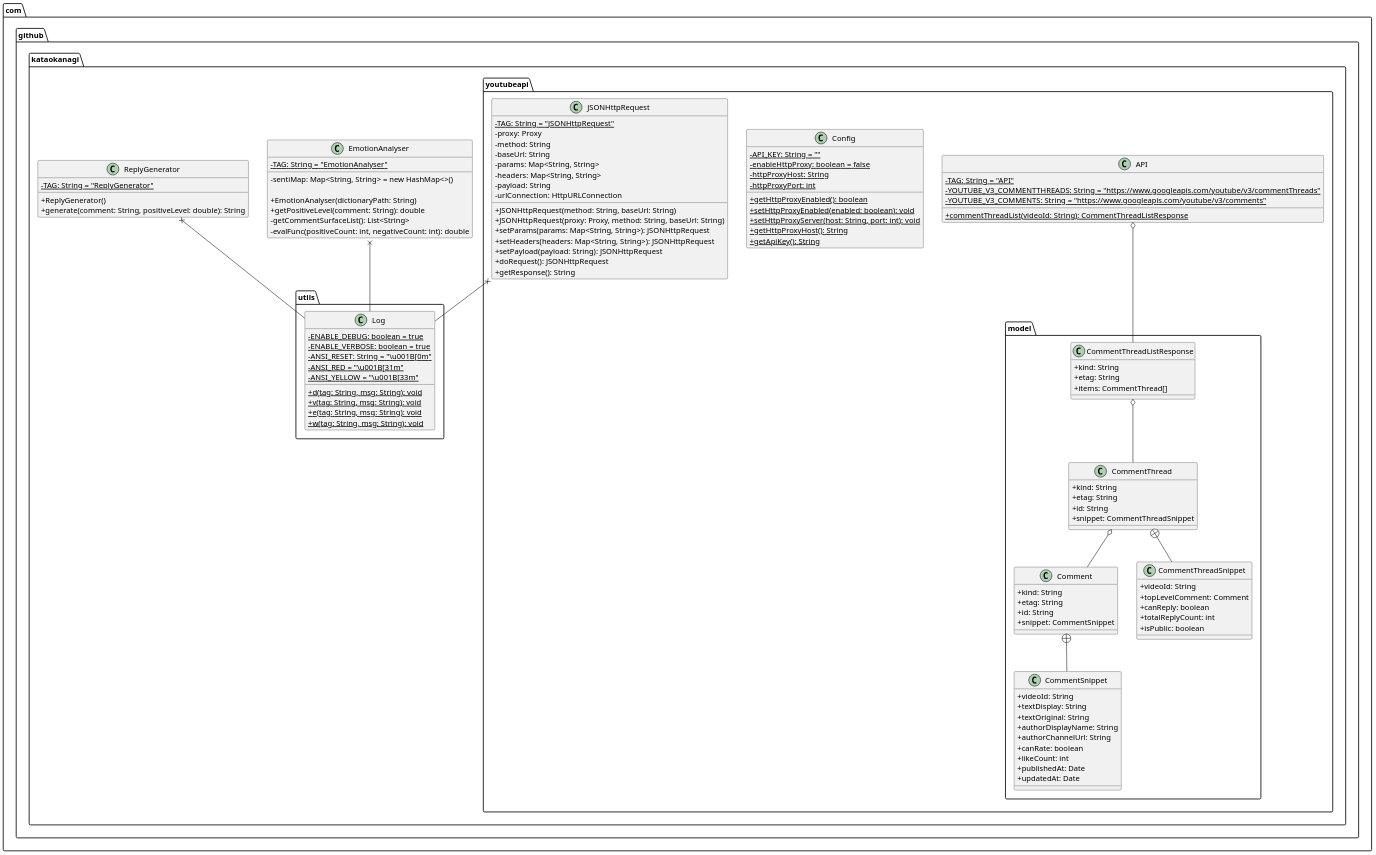
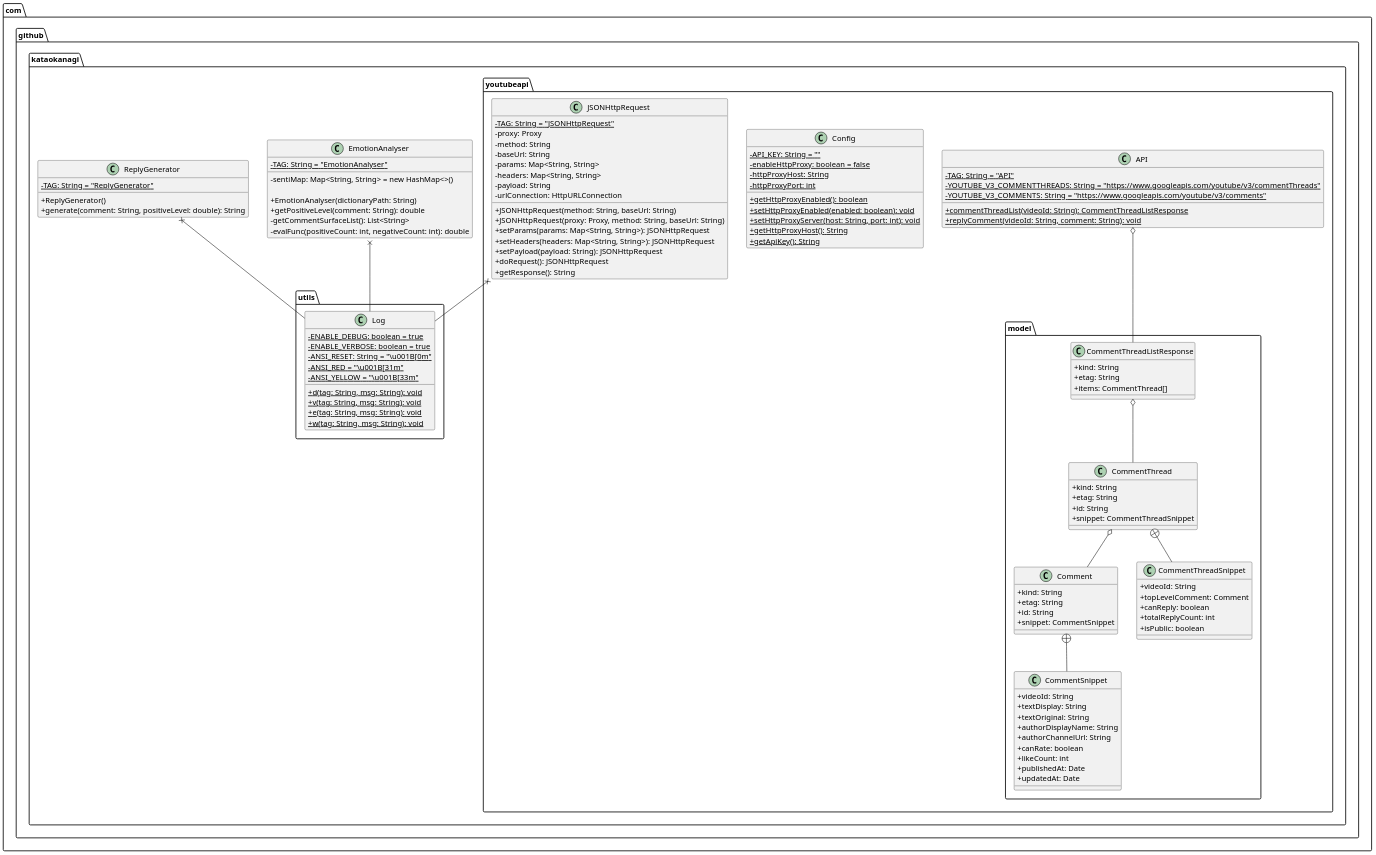
The diagram in uml/YoutubeAutoComment_ClassDiagram.pu (KataokaNagi/YoutubeAutoComment), drawn with PlantUML before and after one commit.

Commit message:
該当メソッドを追加

```diff
--- a/uml/YoutubeAutoComment_ClassDiagram.pu
+++ b/uml/YoutubeAutoComment_ClassDiagram.pu
@@ -12,164 +12,165 @@
 @startuml out/ClassDiagram.png
 scale 1.5
 skinparam DefaultFontName メイリオ
 ' 可視性の変更
 skinparam classAttributeIconSize 0
 
 ' class def
 ' @see https://qiita.com/KeithYokoma/items/ee21fec6a3ebb5d1e9a8
 
 package com.github.kataokanagi {
   package com.github.kataokanagi.utils {
   }
   package com.github.kataokanagi.youtubeapi {
     package com.github.kataokanagi.youtubeapi.model {      
     }    
   }
 }
 
 package com.github.kataokanagi.utils {
     class Log {
         - {static} ENABLE_DEBUG: boolean = true
         - {static} ENABLE_VERBOSE: boolean = true
         - {static} ANSI_RESET: String = "\u001B[0m"
         - {static} ANSI_RED = "\u001B[31m"
         - {static} ANSI_YELLOW = "\u001B[33m"
 
         + {static} d(tag: String, msg: String): void
         + {static} v(tag: String, msg: String): void
         + {static} e(tag: String, msg: String): void
         + {static} w(tag: String, msg: String): void
     }
 }
 
 package com.github.kataokanagi.youtubeapi.model {
     class Comment {
         + kind: String
         + etag: String
         + id: String
         + snippet: CommentSnippet
     }
 
     class CommentSnippet {
         + videoId: String
         + textDisplay: String
         + textOriginal: String
         + authorDisplayName: String
         + authorChannelUrl: String
         + canRate: boolean
         + likeCount: int
         + publishedAt: Date
         + updatedAt: Date
     }
 
     Comment +-- CommentSnippet
 
     class CommentThread {
         + kind: String
         + etag: String
         + id: String
         + snippet: CommentThreadSnippet
     }
 
     class CommentThreadSnippet {
         + videoId: String
         + topLevelComment: Comment
         + canReply: boolean
         + totalReplyCount: int
         + isPublic: boolean
     }
 
     CommentThread +-- CommentThreadSnippet
 
     class CommentThreadListResponse {
         + kind: String
         + etag: String
         + items: CommentThread[]
     }
 
     CommentThreadListResponse o-- CommentThread
     CommentThread o-- Comment
 }
 
 package com.github.kataokanagi.youtubeapi {
     class API {
         - {static} TAG: String = "API"
         - {static} YOUTUBE_V3_COMMENTTHREADS: String = "https://www.googleapis.com/youtube/v3/commentThreads"
         - {static} YOUTUBE_V3_COMMENTS: String = "https://www.googleapis.com/youtube/v3/comments"
 
         + {static} commentThreadList(videoId: String): CommentThreadListResponse
+        + {static} replyComment(videoId: String, comment: String): void
     }
 
     class Config {
         - {static} API_KEY: String = ""
         - {static} enableHttpProxy: boolean = false
         - {static} httpProxyHost: String
         - {static} httpProxyPort: int
 
         + {static} getHttpProxyEnabled(): boolean
         + {static} setHttpProxyEnabled(enabled: boolean): void
         + {static} setHttpProxyServer(host: String, port: int): void
         + {static} getHttpProxyHost(): String
         + {static} getApiKey(): String
     }
 
     class JSONHttpRequest {
         - {static} TAG: String = "JSONHttpRequest"
         - proxy: Proxy
         - method: String
         - baseUrl: String
         - params: Map<String, String>
         - headers: Map<String, String>
         - payload: String
         - urlConnection: HttpURLConnection
 
         + JSONHttpRequest(method: String, baseUrl: String)
         + JSONHttpRequest(proxy: Proxy, method: String, baseUrl: String)
         + setParams(params: Map<String, String>): JSONHttpRequest
         + setHeaders(headers: Map<String, String>): JSONHttpRequest
         + setPayload(payload: String): JSONHttpRequest
         + doRequest(): JSONHttpRequest
         + getResponse(): String
     }
 }
 
 package com.github.kataokanagi {
     class EmotionAnalyser {
         - {static} TAG: String = "EmotionAnalyser"
         - sentiMap: Map<String, String> = new HashMap<>()
 
         + EmotionAnalyser(dictionaryPath: String)
         + getPositiveLevel(comment: String): double
         - getCommentSurfaceList(): List<String>
         - evalFunc(positiveCount: int, negativeCount: int): double
     }
 
     class ReplyGenerator {
         - {static} TAG: String = "ReplyGenerator"
 
         + ReplyGenerator()
         + generate(comment: String, positiveLevel: double): String
     }
 }
 
 API o-- CommentThreadListResponse
 
 ' API o-- Log
 EmotionAnalyser x-- Log
 ReplyGenerator x-- Log
 JSONHttpRequest x-- Log
 
 
 ' package com.github.kataokanagi {
 '     package utils {
 
 '     }
 
 '     package youtubeapi {
 '         package model {
 
 '         }
 '     }
 ' }
 
 @enduml
```
